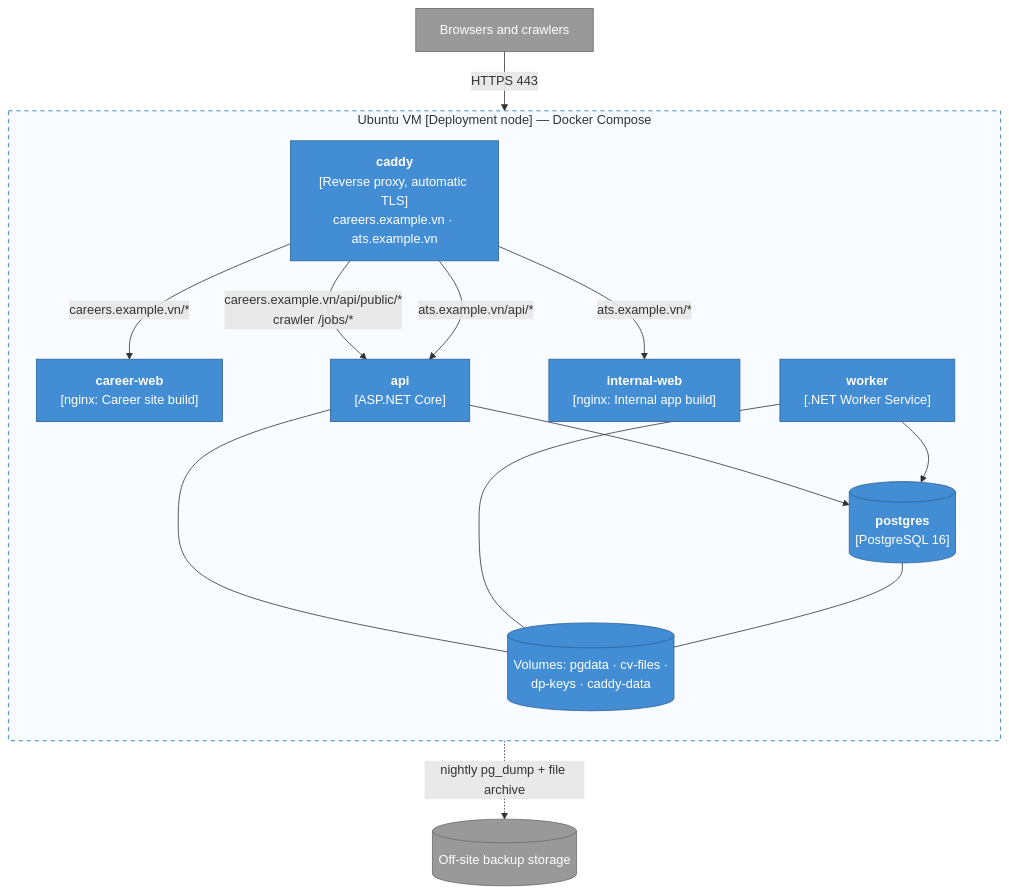
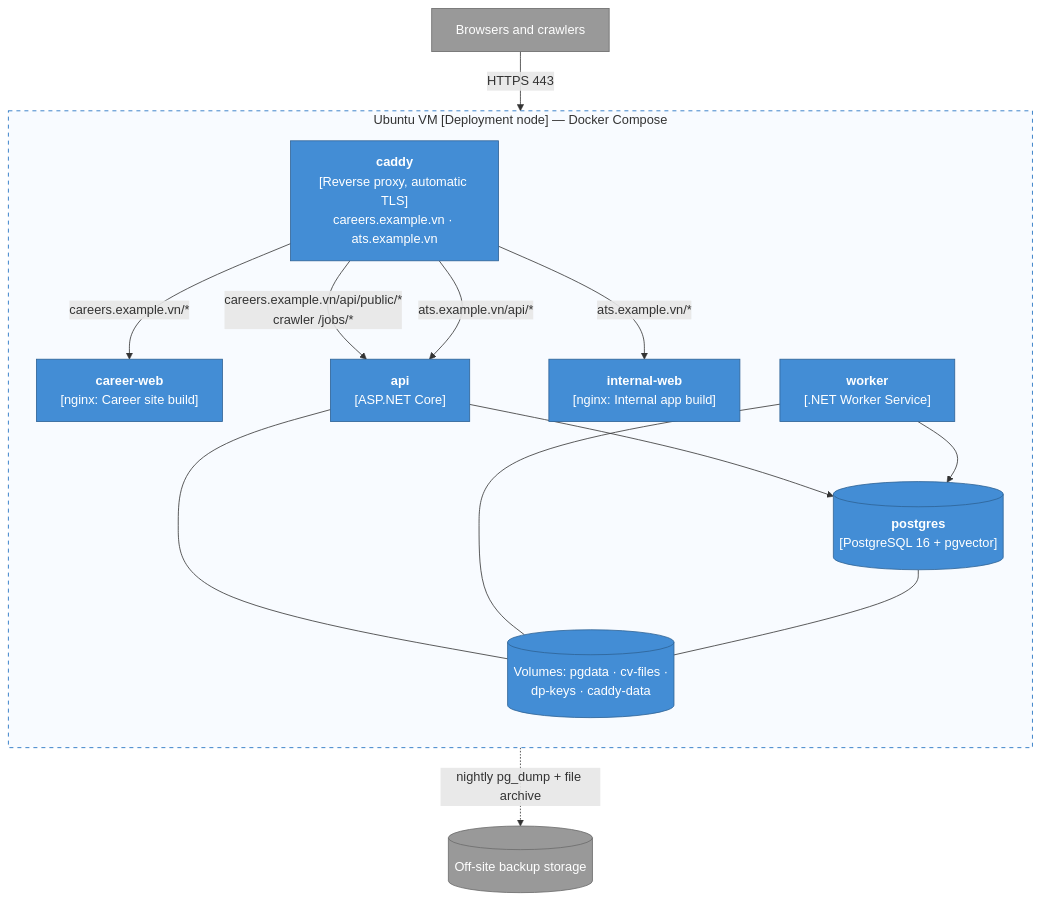
Before and after one commit to duongk18FPTU/recruitment-ats: the fifth of 5 diagrams in docs/06-c4-architecture.md, drawn with Mermaid. The commit also changed other lines of this file and 28 other files, not shown here.

````diff
--- a/docs/06-c4-architecture.md
+++ b/docs/06-c4-architecture.md
@@ -303,35 +320,35 @@
 ```mermaid
 flowchart TB
     users["Browsers and crawlers"]
 
     subgraph vm["Ubuntu VM [Deployment node] — Docker Compose"]
         direction TB
         proxy["<b>caddy</b><br/>[Reverse proxy, automatic TLS]<br/>careers.example.vn · ats.example.vn"]
         careerC["<b>career-web</b><br/>[nginx: Career site build]"]
         internalC["<b>internal-web</b><br/>[nginx: Internal app build]"]
         apiC["<b>api</b><br/>[ASP.NET Core]"]
         workerC["<b>worker</b><br/>[.NET Worker Service]"]
-        pg[("<b>postgres</b><br/>[PostgreSQL 16]")]
+        pg[("<b>postgres</b><br/>[PostgreSQL 16 + pgvector]")]
         vol[("Volumes: pgdata · cv-files ·<br/>dp-keys · caddy-data")]
     end
 
     backup[("Off-site backup storage")]
 
     users -->|"HTTPS 443"| proxy
     proxy -->|"careers.example.vn/*"| careerC
     proxy -->|"careers.example.vn/api/public/*<br/>crawler /jobs/*"| apiC
     proxy -->|"ats.example.vn/*"| internalC
     proxy -->|"ats.example.vn/api/*"| apiC
     apiC --> pg
     workerC --> pg
     apiC --- vol
     workerC --- vol
     pg --- vol
     vol -.->|"nightly pg_dump + file archive"| backup
 
     classDef deploy fill:#438dd5,color:#fff,stroke:#2e6295
     classDef external fill:#999,color:#fff,stroke:#6b6b6b
     class proxy,careerC,internalC,apiC,workerC,pg,vol deploy
     class users,backup external
     style vm fill:#f8fbff,stroke:#1168bd,stroke-dasharray:5 5
 ```
````
